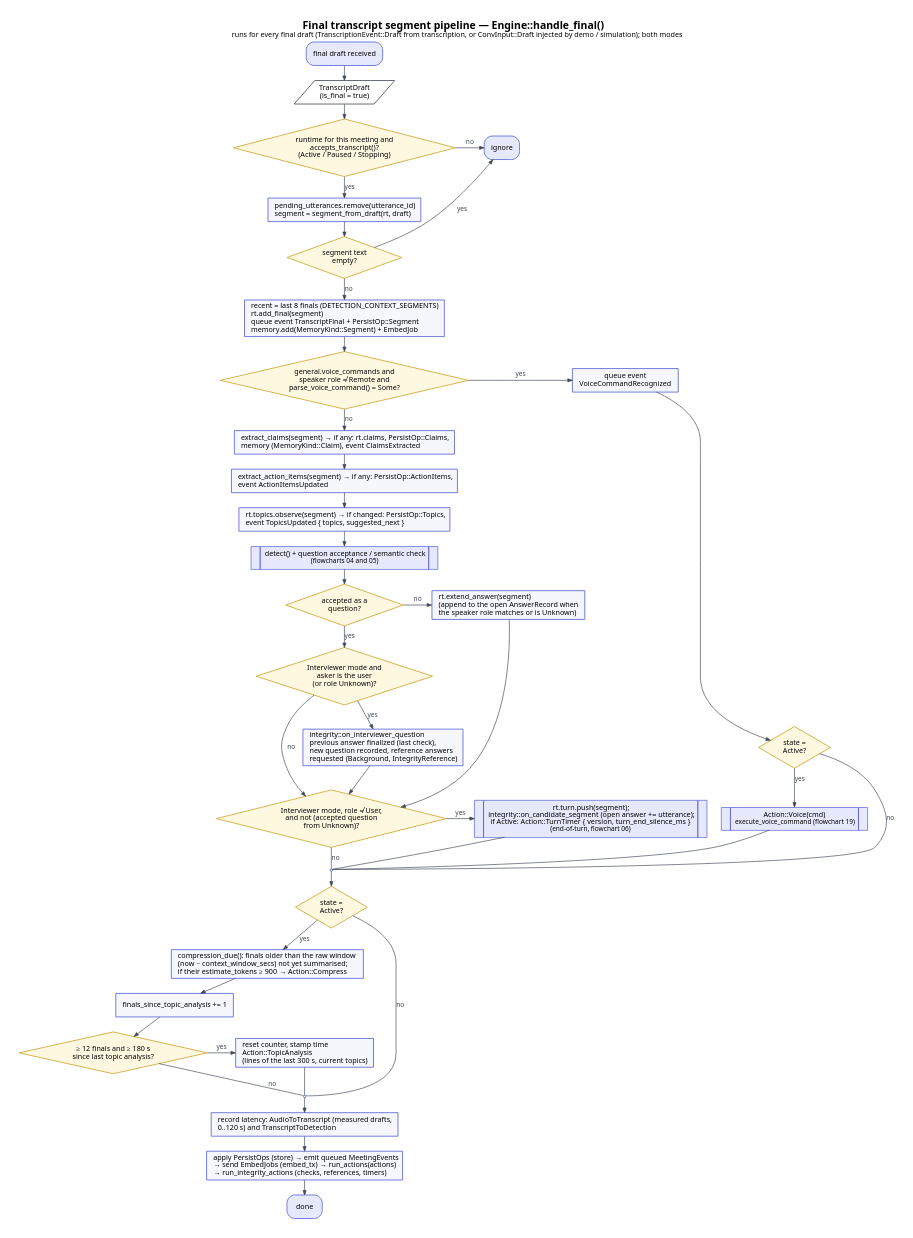
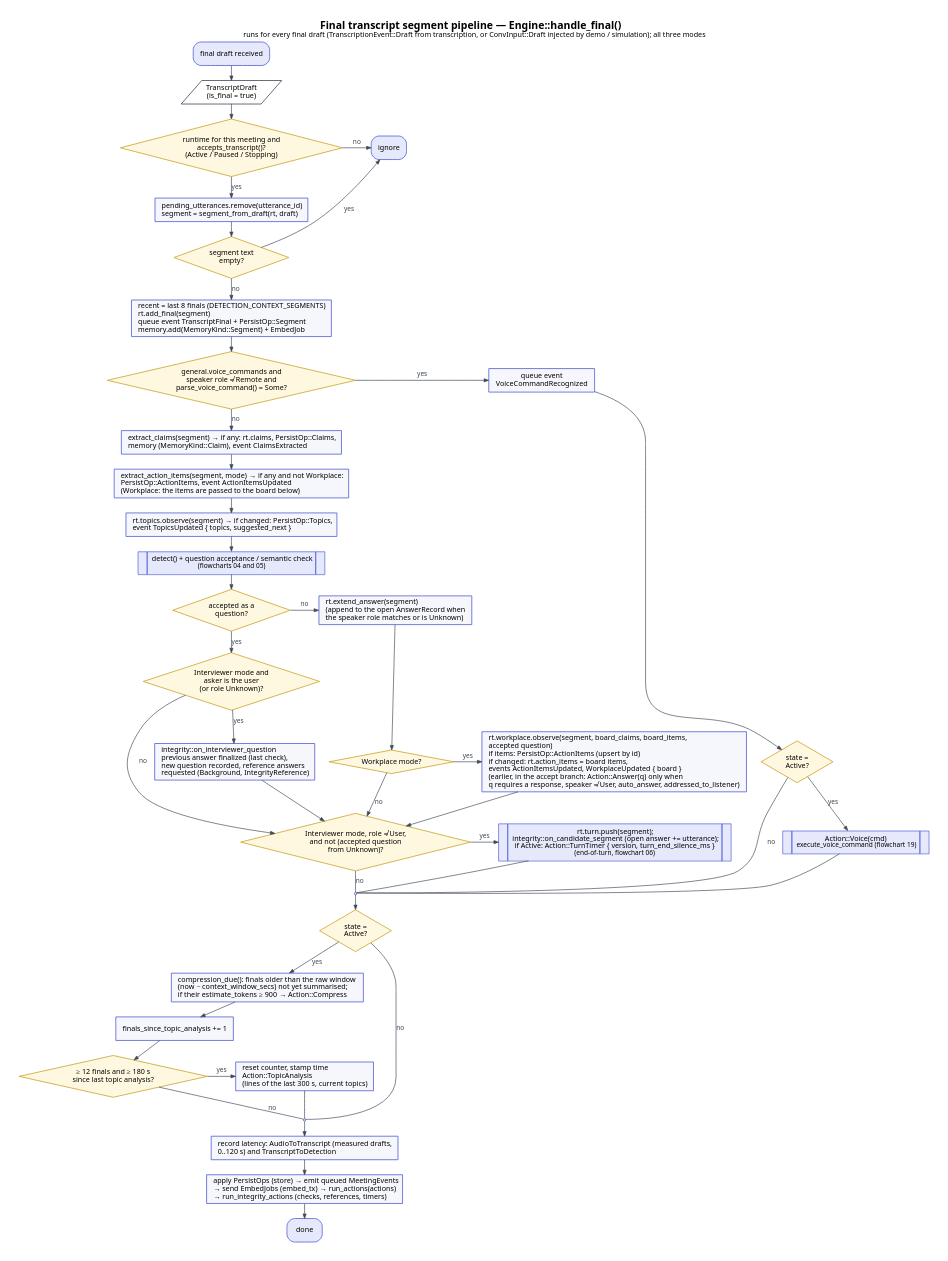
Before and after one commit to AekamSidhu/Major-Project: the diagram in diagrams/flowcharts/flowchart-02-final-segment-pipeline.dot, drawn with Graphviz. The commit also changed 2 other files, not shown here.

Commit message:
Draw the workplace branches in the final-segment flowchart

```diff
--- a/diagrams/flowcharts/flowchart-02-final-segment-pipeline.dot
+++ b/diagrams/flowcharts/flowchart-02-final-segment-pipeline.dot
@@ -1,71 +1,77 @@
 // Derived from: crates/openmeet-engine/src/conversation.rs
 //   Engine::handle_final(), compression_due(), run_actions(); constants DETECTION_CONTEXT_SEGMENTS,
 //   COMPRESSION_TRIGGER_TOKENS, TOPIC_ANALYSIS_MIN_FINALS, TOPIC_ANALYSIS_INTERVAL_MS
 //   crates/openmeet-engine/src/runtime.rs (accepts_transcript, extend_answer)
 //   crates/openmeet-engine/src/integrity.rs (on_interviewer_question, on_candidate_segment,
 //   run_integrity_actions) for the answer-integrity hooks in interviewer mode
+//   crates/openmeet-engine/src/conversation.rs workplace branches (board_claims, board_items,
+//   rt.workplace.observe, Action::Answer for workplace), crates/openmeet-intel/src/workplace.rs
 digraph flowchart_02 {
   graph [fontname="Segoe UI", fontsize=16, labelloc=t, labeljust=c,
-         label=<<B>Final transcript segment pipeline — Engine::handle_final()</B><BR/><FONT POINT-SIZE="11">runs for every final draft (TranscriptionEvent::Draft from transcription, or ConvInput::Draft injected by demo / simulation); both modes</FONT>>,
+         label=<<B>Final transcript segment pipeline — Engine::handle_final()</B><BR/><FONT POINT-SIZE="11">runs for every final draft (TranscriptionEvent::Draft from transcription, or ConvInput::Draft injected by demo / simulation); all three modes</FONT>>,
          bgcolor="#FFFFFF", nodesep=0.3, ranksep=0.3, pad=0.3, newrank=true];
   node  [fontname="Segoe UI", fontsize=11, shape=box, style="filled", fillcolor="#F6F7FD", color="#4F5BD5", penwidth=1.2, margin="0.14,0.05"];
   edge  [fontname="Segoe UI", fontsize=10, color="#3E4756", fontcolor="#3E4756", arrowsize=0.7];
 
   { node [group=main]; start; din; drt; seg; dempty; add; dvoice; claims; items; topics; detect; dacc; dturn; m1; dact; comp; tcount; dtopic; m2; lat; flush; end; }
 
   start [shape=box, style="rounded,filled", fillcolor="#E6E9FB", label="final draft received"];
   din   [shape=parallelogram, fillcolor="#FFFFFF", color="#3E4756", margin="0,0", label="TranscriptDraft\n(is_final = true)"];
   drt   [shape=diamond, style="filled", fillcolor="#FFF8E1", color="#C9A227", label="runtime for this meeting and\naccepts_transcript()?\n(Active / Paused / Stopping)"];
   drop  [shape=box, style="rounded,filled", fillcolor="#E6E9FB", label="ignore"];
   seg   [label="pending_utterances.remove(utterance_id)\lsegment = segment_from_draft(rt, draft)\l"];
   dempty[shape=diamond, style="filled", fillcolor="#FFF8E1", color="#C9A227", label="segment text\nempty?"];
   add   [label="recent = last 8 finals (DETECTION_CONTEXT_SEGMENTS)\lrt.add_final(segment)\lqueue event TranscriptFinal + PersistOp::Segment\lmemory.add(MemoryKind::Segment) + EmbedJob\l"];
   dvoice[shape=diamond, style="filled", fillcolor="#FFF8E1", color="#C9A227", label="general.voice_commands and\nspeaker role ≠ Remote and\nparse_voice_command() = Some?"];
   vrec  [label="queue event\nVoiceCommandRecognized"];
   dvact [shape=diamond, style="filled", fillcolor="#FFF8E1", color="#C9A227", label="state =\nActive?"];
   vact  [shape=plain, label=<<TABLE BORDER="0" CELLBORDER="1" CELLSPACING="0" CELLPADDING="6" BGCOLOR="#E6E9FB" COLOR="#4F5BD5"><TR><TD WIDTH="6"></TD><TD>Action::Voice(cmd)<BR/><FONT POINT-SIZE="10">execute_voice_command (flowchart 19)</FONT></TD><TD WIDTH="6"></TD></TR></TABLE>>];
 
   claims[label="extract_claims(segment) → if any: rt.claims, PersistOp::Claims,\lmemory (MemoryKind::Claim), event ClaimsExtracted\l"];
-  items [label="extract_action_items(segment) → if any: PersistOp::ActionItems,\levent ActionItemsUpdated\l"];
+  items [label="extract_action_items(segment, mode) → if any and not Workplace:\lPersistOp::ActionItems, event ActionItemsUpdated\l(Workplace: the items are passed to the board below)\l"];
   topics[label="rt.topics.observe(segment) → if changed: PersistOp::Topics,\levent TopicsUpdated { topics, suggested_next }\l"];
   detect[shape=plain, label=<<TABLE BORDER="0" CELLBORDER="1" CELLSPACING="0" CELLPADDING="6" BGCOLOR="#E6E9FB" COLOR="#4F5BD5"><TR><TD WIDTH="6"></TD><TD>detect() + question acceptance / semantic check<BR/><FONT POINT-SIZE="10">(flowcharts 04 and 05)</FONT></TD><TD WIDTH="6"></TD></TR></TABLE>>];
   dacc  [shape=diamond, style="filled", fillcolor="#FFF8E1", color="#C9A227", label="accepted as a\nquestion?"];
   ext   [label="rt.extend_answer(segment)\l(append to the open AnswerRecord when\lthe speaker role matches or is Unknown)\l"];
   dturn [shape=diamond, style="filled", fillcolor="#FFF8E1", color="#C9A227", label="Interviewer mode, role ≠ User,\nand not (accepted question\nfrom Unknown)?"];
   turn  [shape=plain, label=<<TABLE BORDER="0" CELLBORDER="1" CELLSPACING="0" CELLPADDING="6" BGCOLOR="#E6E9FB" COLOR="#4F5BD5"><TR><TD WIDTH="6"></TD><TD>rt.turn.push(segment);<BR/>integrity::on_candidate_segment (open answer += utterance);<BR/>if Active: Action::TurnTimer { version, turn_end_silence_ms }<BR/><FONT POINT-SIZE="10">(end-of-turn, flowchart 06)</FONT></TD><TD WIDTH="6"></TD></TR></TABLE>>];
   iq    [shape=diamond, style="filled", fillcolor="#FFF8E1", color="#C9A227", label="Interviewer mode and\nasker is the user\n(or role Unknown)?"];
+  wb    [shape=diamond, style="filled", fillcolor="#FFF8E1", color="#C9A227", label="Workplace mode?"];
+  wbact [label="rt.workplace.observe(segment, board_claims, board_items,\laccepted question)\lif items: PersistOp::ActionItems (upsert by id)\lif changed: rt.action_items = board items,\levents ActionItemsUpdated, WorkplaceUpdated { board }\l(earlier, in the accept branch: Action::Answer(q) only when\lq requires a response, speaker ≠ User, auto_answer, addressed_to_listener)\l"];
   iact  [label="integrity::on_interviewer_question\lprevious answer finalized (last check),\lnew question recorded, reference answers\lrequested (Background, IntegrityReference)\l"];
   m1    [shape=point, width=0.05, label=""];
 
   dact  [shape=diamond, style="filled", fillcolor="#FFF8E1", color="#C9A227", label="state =\nActive?"];
   comp  [label="compression_due(): finals older than the raw window\l(now − context_window_secs) not yet summarised;\lif their estimate_tokens ≥ 900 → Action::Compress\l"];
   tcount[label="finals_since_topic_analysis += 1"];
   dtopic[shape=diamond, style="filled", fillcolor="#FFF8E1", color="#C9A227", label="≥ 12 finals and ≥ 180 s\nsince last topic analysis?"];
   tact  [label="reset counter, stamp time\lAction::TopicAnalysis\l(lines of the last 300 s, current topics)\l"];
   m2    [shape=point, width=0.05, label=""];
   lat   [label="record latency: AudioToTranscript (measured drafts,\l0..120 s) and TranscriptToDetection\l"];
   flush [label="apply PersistOps (store) → emit queued MeetingEvents\l→ send EmbedJobs (embed_tx) → run_actions(actions)\l→ run_integrity_actions (checks, references, timers)\l"];
   end   [shape=box, style="rounded,filled", fillcolor="#E6E9FB", label="done"];
 
   start -> din -> drt;
   drt -> drop [label="no"]; drt -> seg [label="yes"];
   seg -> dempty; dempty -> drop [label="yes"]; dempty -> add [label="no"];
   add -> dvoice;
   dvoice -> vrec [label="yes"]; dvoice -> claims [label="no"];
   vrec -> dvact; dvact -> vact [label="yes"]; dvact -> m1 [label="no", arrowhead=none];
   vact -> m1 [arrowhead=none];
   claims -> items -> topics -> detect -> dacc;
-  dacc -> ext [label="no"]; dacc -> iq [label="yes"]; iq -> iact [label="yes"]; iq -> dturn [label="no"]; iact -> dturn; ext -> dturn;
+  dacc -> ext [label="no"]; dacc -> iq [label="yes"]; iq -> iact [label="yes"]; iq -> dturn [label="no"]; iact -> dturn; ext -> wb;
+  wb -> wbact [label="yes"]; wb -> dturn [label="no"]; wbact -> dturn;
   dturn -> turn [label="yes"]; dturn -> m1 [label="no", arrowhead=none]; turn -> m1 [arrowhead=none];
   m1 -> dact;
   dact -> comp [label="yes"]; dact -> m2 [label="no", arrowhead=none];
   comp -> tcount -> dtopic;
   dtopic -> tact [label="yes"]; dtopic -> m2 [label="no", arrowhead=none]; tact -> m2 [arrowhead=none];
   m2 -> lat -> flush -> end;
 
   {rank=same; drt; drop;}
   {rank=same; dvoice; vrec;}
   {rank=same; dacc; ext;}
   {rank=same; dturn; turn;}
+  {rank=same; wb; wbact;}
   {rank=same; dtopic; tact;}
 }
```
